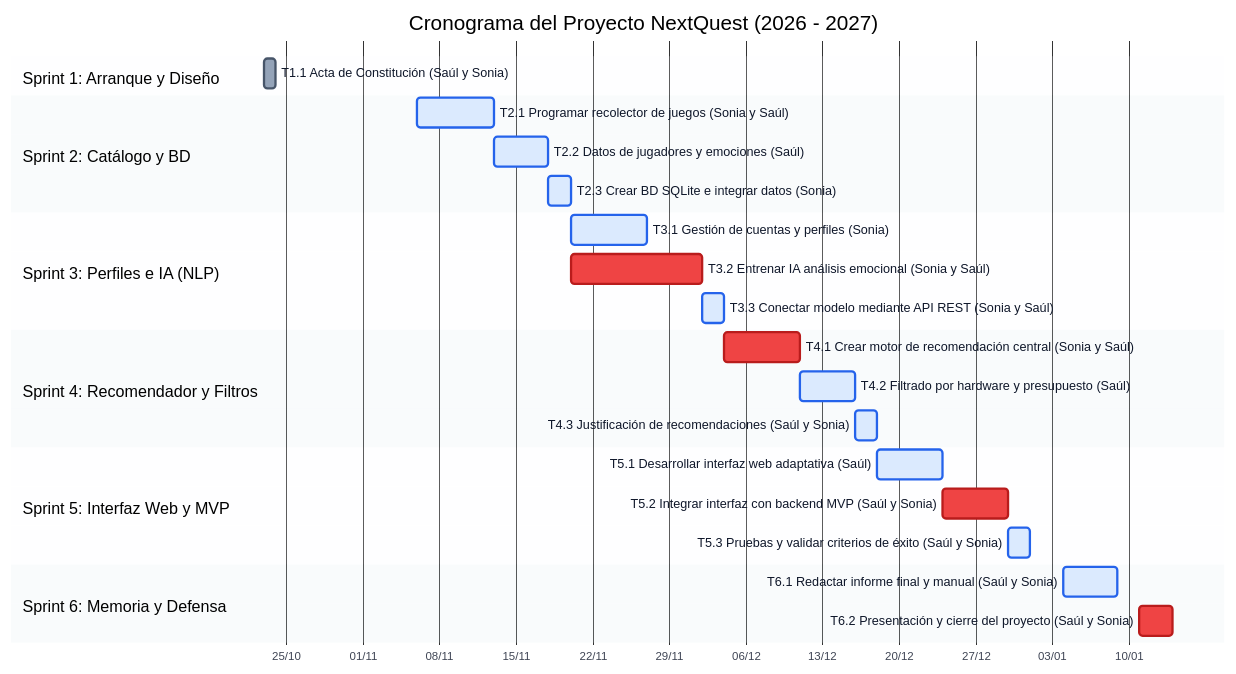
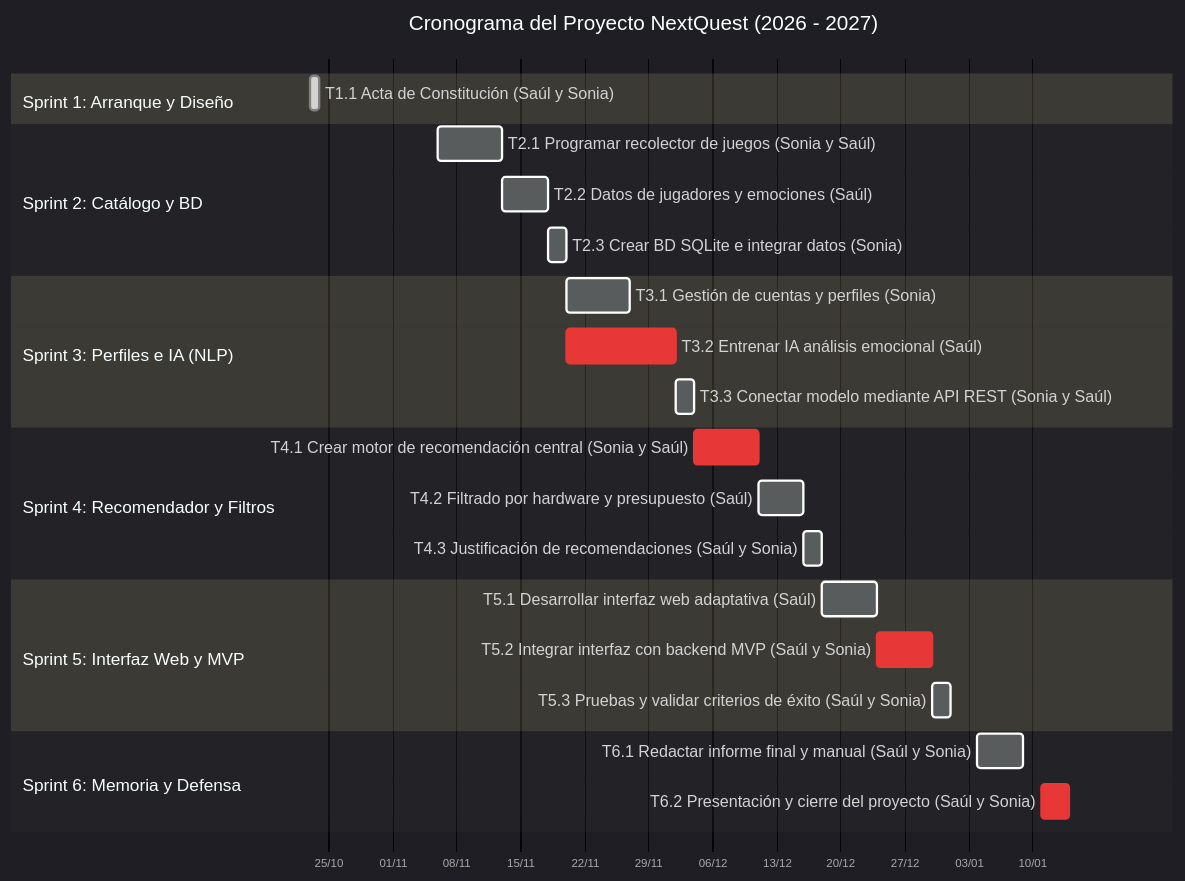
One commit to SaulLorenzoArmas/PruebaSI changed the diagram in README.md. Above: the diagram before and after it, drawn with Mermaid.

````diff
--- a/README.md
+++ b/README.md
@@ -3,65 +3,47 @@
 ```mermaid
 %%{init: {
-  'theme': 'base',
-  'themeVariables': {
-    'primaryColor': '#dbeafe',
-    'primaryTextColor': '#0f172a',
-    'primaryBorderColor': '#2563eb',
-    'lineColor': '#64748b',
-    'secondaryColor': '#f1f5f9',
-    'tertiaryColor': '#ffffff',
-    'critBkgColor': '#ef4444',
-    'critBorderColor': '#b91c1c',
-    'doneTaskBkgColor': '#94a3b8',
-    'doneTaskBorderColor': '#475569',
-    'taskTextDarkColor': '#0f172a',
-    'taskTextColor': '#0f172a',
-    'taskTextOutsideColor': '#0f172a',
-    'sectionBkgColor': '#f8fafc',
-    'altSectionBkgColor': '#e2e8f0',
-    'gridColor': '#cbd5e1',
-    'fontSize': '14px'
-  },
-  'gantt': {
-    'leftPadding': 220,
-    'rightPadding': 90,
-    'barHeight': 26,
-    'barGap': 8,
-    'topPadding': 50,
-    'sectionFontSize': 14,
-    'numberSectionStyles': 2
+  "theme": "dark",
+  "gantt": {
+    "leftPadding": 260,
+    "rightPadding": 180,
+    "barHeight": 30,
+    "barGap": 14,
+    "topPadding": 65,
+    "sectionFontSize": 15,
+    "fontSize": 14,
+    "numberSectionStyles": 2
   }
 }}%%
 gantt
     title Cronograma del Proyecto NextQuest (2026 - 2027)
     dateFormat  YYYY-MM-DD
     axisFormat  %d/%m
-    todayMarker off
+    todayMarker stroke:#ef4444,stroke-width:3px
 
     section Sprint 1: Arranque y Diseño
     T1.1 Acta de Constitución (Saúl y Sonia)                   :done, t1_1, 2026-10-23, 1d
 
     section Sprint 2: Catálogo y BD
     T2.1 Programar recolector de juegos (Sonia y Saúl)         :t2_1, 2026-11-06, 2026-11-13
     T2.2 Datos de jugadores y emociones (Saúl)                 :t2_2, 2026-11-13, 2026-11-18
     T2.3 Crear BD SQLite e integrar datos (Sonia)              :t2_3, 2026-11-18, 2026-11-20
 
     section Sprint 3: Perfiles e IA (NLP)
     T3.1 Gestión de cuentas y perfiles (Sonia)                 :t3_1, 2026-11-20, 2026-11-27
-    T3.2 Entrenar IA análisis emocional (Sonia y Saúl)         :crit, t3_2, 2026-11-20, 2026-12-02
+    T3.2 Entrenar IA análisis emocional (Saúl)                 :crit, t3_2, 2026-11-20, 2026-12-02
     T3.3 Conectar modelo mediante API REST (Sonia y Saúl)      :t3_3, 2026-12-02, 2026-12-04
 
     section Sprint 4: Recomendador y Filtros
     T4.1 Crear motor de recomendación central (Sonia y Saúl)   :crit, t4_1, 2026-12-04, 2026-12-11
     T4.2 Filtrado por hardware y presupuesto (Saúl)            :t4_2, 2026-12-11, 2026-12-16
     T4.3 Justificación de recomendaciones (Saúl y Sonia)       :t4_3, 2026-12-16, 2026-12-18
 
     section Sprint 5: Interfaz Web y MVP
     T5.1 Desarrollar interfaz web adaptativa (Saúl)            :t5_1, 2026-12-18, 2026-12-24
     T5.2 Integrar interfaz con backend MVP (Saúl y Sonia)      :crit, t5_2, 2026-12-24, 2026-12-30
     T5.3 Pruebas y validar criterios de éxito (Saúl y Sonia)   :t5_3, 2026-12-30, 2027-01-01
 
     section Sprint 6: Memoria y Defensa
     T6.1 Redactar informe final y manual (Saúl y Sonia)        :t6_1, 2027-01-04, 2027-01-09
     T6.2 Presentación y cierre del proyecto (Saúl y Sonia)     :crit, t6_2, 2027-01-11, 2027-01-14
 ```
````
